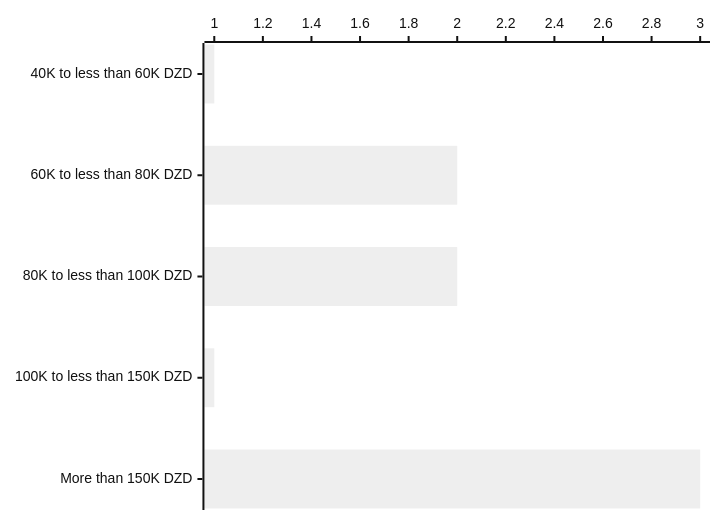
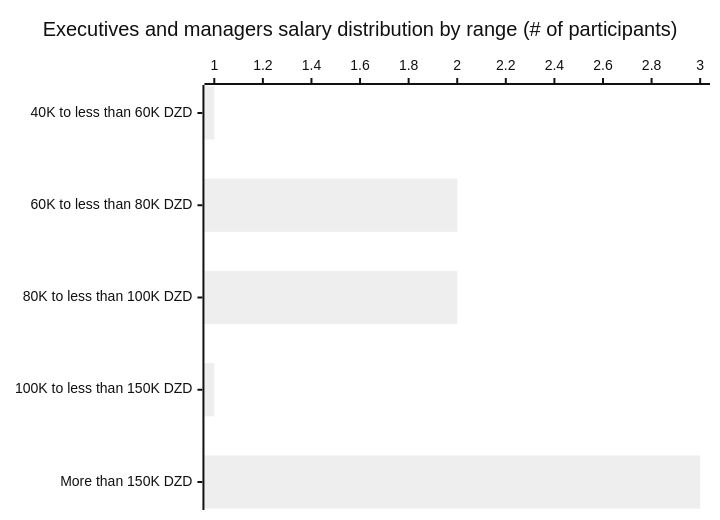
Before and after one commit to Fcmam5/state-of-dz-swe-2024: the eighth of 10 diagrams in website/docs/insights/remuneration.md, drawn with Mermaid (neutral theme). The commit also changed other lines of this file and 6 other files, not shown here.

````diff
--- a/website/docs/insights/remuneration.md
+++ b/website/docs/insights/remuneration.md
@@ -169,5 +173,6 @@
 ```mermaid
 xychart-beta horizontal
+  title "Executives and managers salary distribution by range (# of participants)"
   x-axis ["40K to less than 60K DZD","60K to less than 80K DZD","80K to less than 100K DZD","100K to less than 150K DZD","More than 150K DZD"]
   bar [1,2,2,1,3]
 ```
````
